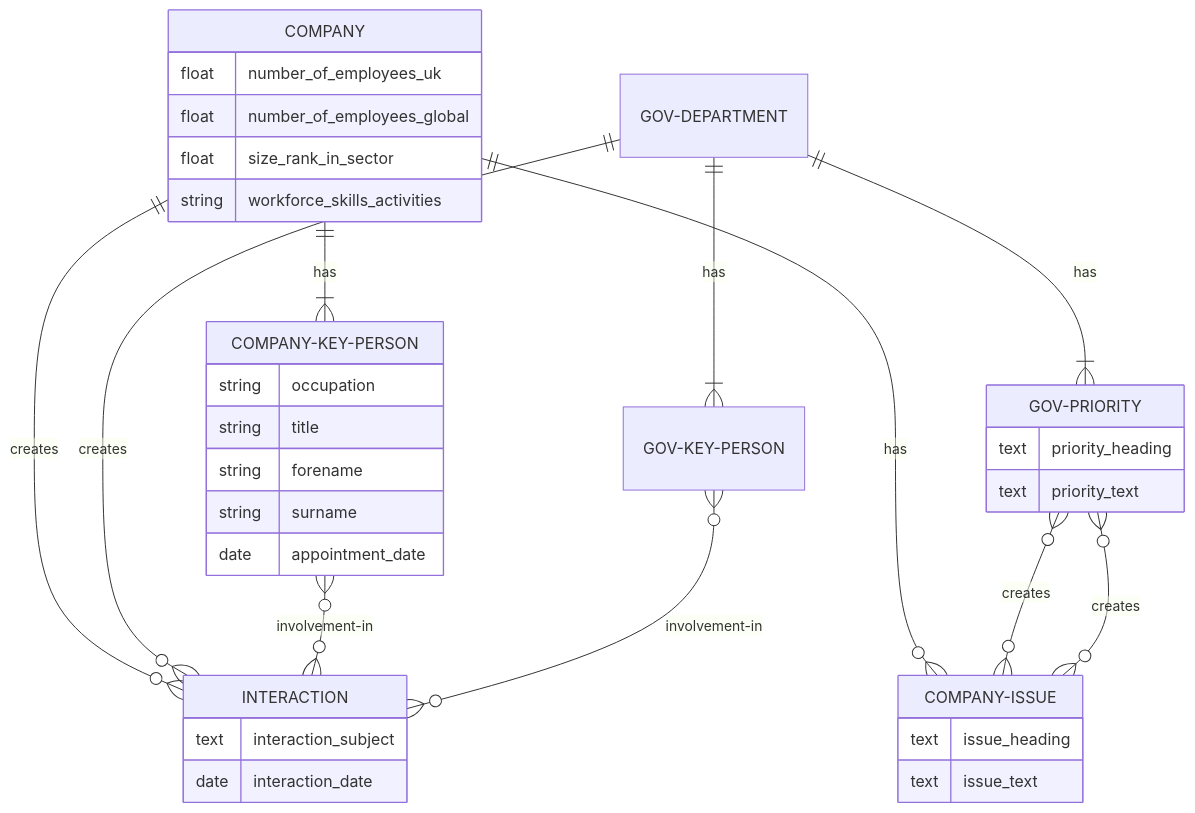
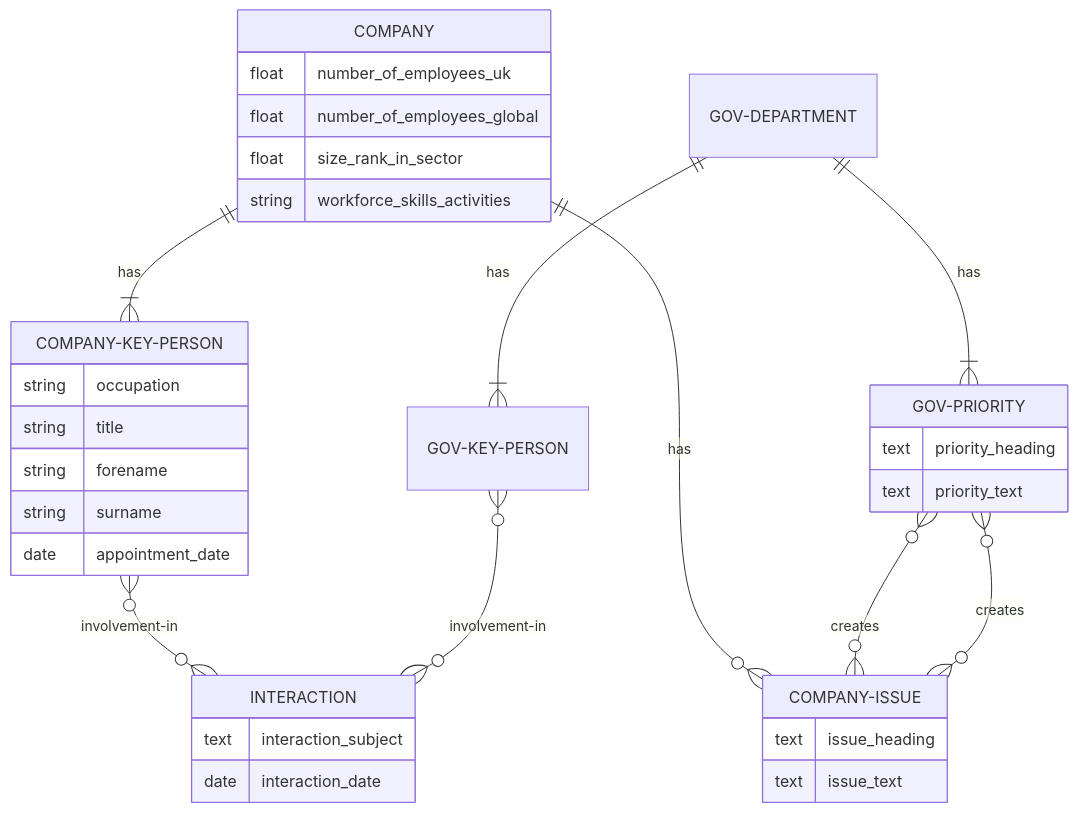
The diagram in entity_diagram.md (uktrade/strategic-companies-list), drawn with Mermaid before and after one commit.

Commit message:
removed direct relationship between company / dept and interaction because it makes diag overly-complicated

````diff
--- a/entity_diagram.md
+++ b/entity_diagram.md
@@ -1,39 +1,37 @@
 ```mermaid
 erDiagram
     COMPANY ||--|{ COMPANY-KEY-PERSON: has
     COMPANY ||--o{ COMPANY-ISSUE: has
-    COMPANY ||--o{ INTERACTION: creates
     GOV-DEPARTMENT ||--|{ GOV-KEY-PERSON: has
-    GOV-DEPARTMENT ||--o{ INTERACTION: creates
     GOV-DEPARTMENT ||--|{ GOV-PRIORITY: has
     GOV-PRIORITY }o--o{ COMPANY-ISSUE: creates
     GOV-PRIORITY }o--o{ COMPANY-ISSUE: creates
     COMPANY-KEY-PERSON }o--o{ INTERACTION: involvement-in
     GOV-KEY-PERSON }o--o{ INTERACTION: involvement-in
     COMPANY{
         float number_of_employees_uk
         float number_of_employees_global
         float size_rank_in_sector
         string workforce_skills_activities
     }
     COMPANY-KEY-PERSON{
         string occupation
         string title
         string forename
         string surname
         date appointment_date
     }
     COMPANY-ISSUE{
         text issue_heading
         text issue_text
     }
     GOV-PRIORITY{
         text priority_heading
         text priority_text
     }
     INTERACTION{
         text interaction_subject
         date interaction_date
     }
     
 ```
````
